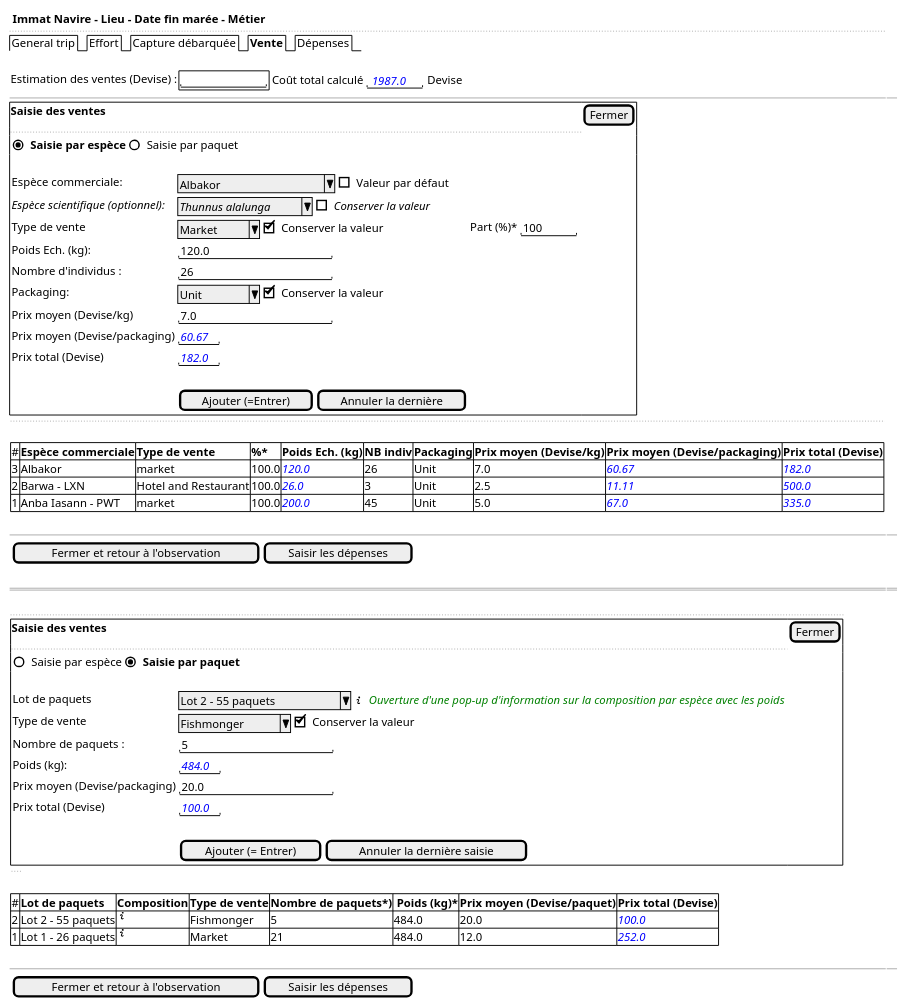
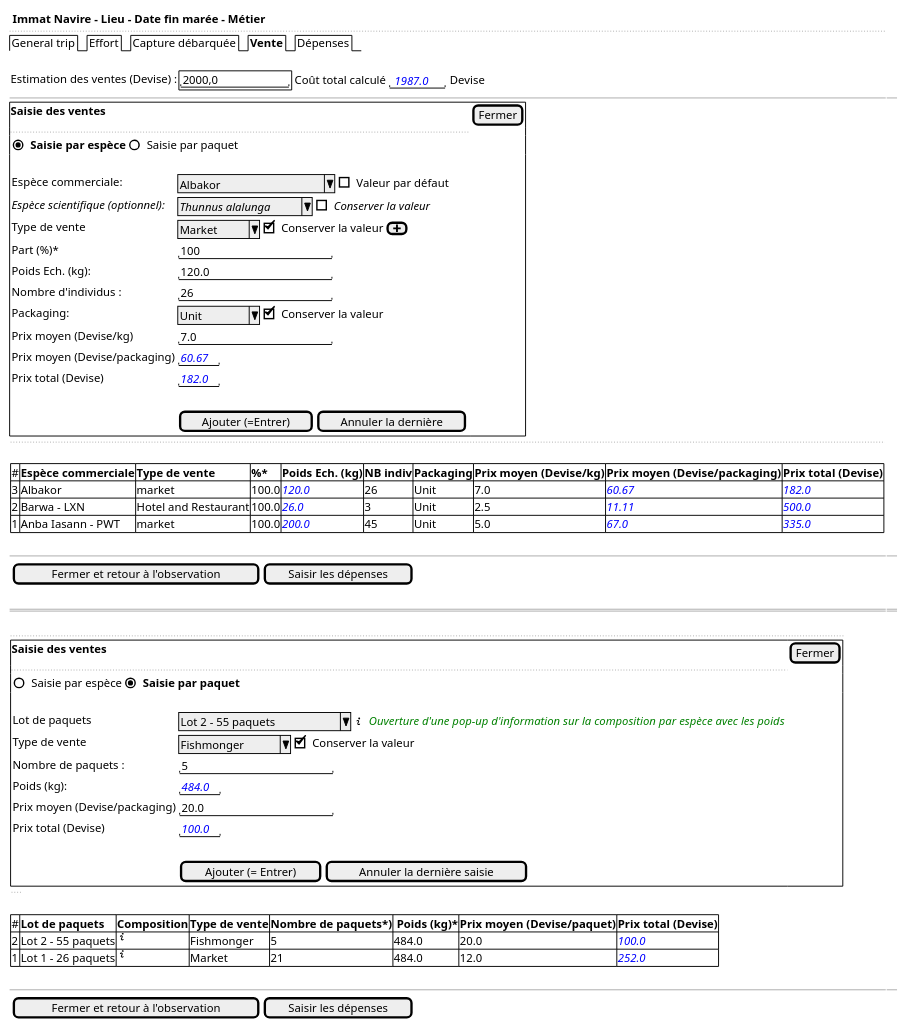
The diagram in use-case/collect/trip/landing-ui-sales-tablet.puml (sumaris-net/sumaris-doc), drawn with PlantUML before and after one commit. The commit also changed 10 other files, not shown here.

```diff
--- a/use-case/collect/trip/landing-ui-sales-tablet.puml
+++ b/use-case/collect/trip/landing-ui-sales-tablet.puml
@@ -1,76 +1,77 @@
 @startsalt
 {
   <b> Immat Navire - Lieu - Date fin marée - Métier
   ..
   {/ General trip | Effort | Capture débarquée | <b>Vente | Dépenses }
   .
-  {Estimation des ventes (Devise) : {+"           " } | {Coût total calculé  {"<color:blue><i> 1987.0"} Devise }}
+  {Estimation des ventes (Devise) : {+"   2000,0     " } | {Coût total calculé  {"<color:blue><i> 1987.0"} Devise }}
   -- | --
   {+
     <b>Saisie des ventes | [Fermer]
     ..
     {(X) <b>Saisie par espèce | () Saisie par paquet }
     {
         .
         Espèce commerciale:                   | { ^Albakor            ^ | [] Valeur par défaut }
         <i>Espèce scientifique (optionnel):   | { ^<i>Thunnus alalunga^ | [] <i>Conserver la valeur }
-        Type de vente                   | { ^Market   ^ | [X] Conserver la valeur } | Part (%)* | { "  100  " }
+        Type de vente                   | { ^Market   ^ | [X] Conserver la valeur | [<&plus>]}
+        Part (%)* | { "  100               " }
         Poids Ech. (kg):                | { "     120.0          "  }
         Nombre d'individus :            | { "      26            "  }
         Packaging:                      | { ^Unit     ^ | [X] Conserver la valeur }
         Prix moyen (Devise/kg)          | { "               7.0  "  }
         Prix moyen (Devise/packaging)   | { "<color:blue><i>60.67"  }
         Prix total (Devise)             | { "<color:blue><i>182.0"  }
         .
         . |  {[Ajouter (=Entrer)] | [Annuler la dernière]}
     }
   }
     {
   ..
   .
       {#
           # | <b>Espèce commerciale | <b>Type de vente     | <b>%* | <b>Poids Ech. (kg) | <b>NB indiv    | <b>Packaging | <b>Prix moyen (Devise/kg) | <b>Prix moyen (Devise/packaging) | <b>Prix total (Devise)
           3 | Albakor               | market               | 100.0 | <color:blue><i>120.0           | 26 | Unit         | 7.0 | <color:blue><i>60.67 | <color:blue><i>182.0
           2 | Barwa - LXN           | Hotel and Restaurant | 100.0 | <color:blue><i>26.0            | 3  | Unit         | 2.5 | <color:blue><i>11.11 | <color:blue><i>500.0
           1 | Anba Iasann - PWT     | market               | 100.0 | <color:blue><i>200.0           | 45 | Unit         | 5.0 | <color:blue><i>67.0  | <color:blue><i>335.0
       }
     }
     .
     -- | --
     {{[Fermer et retour à l'observation] | [Saisir les dépenses]}}
   .
   == | ==
   .
   {
   ..
   {+
     <b>Saisie des ventes | [Fermer]
     ..
     {() Saisie par espèce | (X) <b>Saisie par paquet }
     {
         .
         Lot de paquets          | { ^ Lot 2 - 55 paquets  ^ | <&info> <color:green><i> Ouverture d'une pop-up d'information sur la composition par espèce avec les poids }
         Type de vente           | { ^Fishmonger   ^ | [X] Conserver la valeur }
         Nombre de paquets :     | { "          5         "  }
         Poids (kg):             | { "<color:blue><i>484.0"  }
         Prix moyen (Devise/packaging)   | { "         20.0       "  }
         Prix total (Devise)             | { "<color:blue><i>100.0"  }
         .
         . |  {[Ajouter (= Entrer)] | [Annuler la dernière saisie]}
     }
   }
     {
   ..
   .
 }
       {#
           # | <b>Lot de paquets  | <b>Composition   | <b>Type de vente | <b>Nombre de paquets*) | <b> Poids (kg)* | <b>Prix moyen (Devise/paquet) | <b>Prix total (Devise)
           2 | Lot 2 - 55 paquets | <&info>          | Fishmonger       | 5                      | 484.0           | 20.0                          | <color:blue><i>100.0
           1 | Lot 1 - 26 paquets | <&info>          | Market           | 21                     | 484.0           | 12.0                          | <color:blue><i>252.0
       }
   }
   .
   -- | --
   {{[Fermer et retour à l'observation] | [Saisir les dépenses]}}
 }
 @endsalt
```
